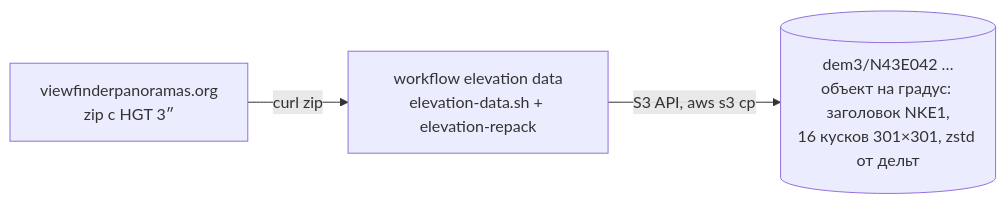
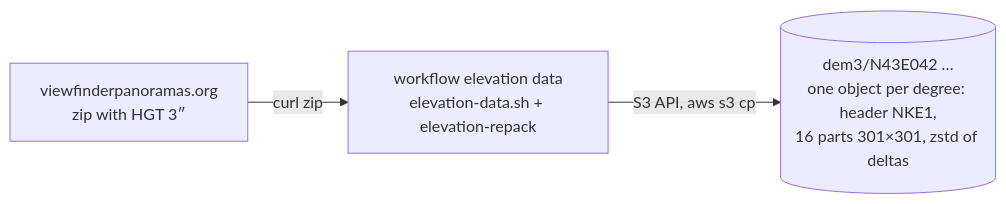
One commit to sergeycw/nakarte changed the second of 3 diagrams in docs/architecture/elevation.md. Above: the diagram before and after it, drawn with Mermaid. The commit also changed other lines of this file and 11 other files, not shown here.

````diff
--- a/docs/architecture/elevation.md
+++ b/docs/architecture/elevation.md
@@ -30,9 +30,9 @@
 ```mermaid
 flowchart LR
-    vfp["viewfinderpanoramas.org<br/>zip с HGT 3″"]
+    vfp["viewfinderpanoramas.org<br/>zip with HGT 3″"]
     data["workflow elevation data<br/>elevation-data.sh + elevation-repack"]
-    dem3[("dem3/N43E042 …<br/>объект на градус: заголовок NKE1,<br/>16 кусков 301×301, zstd от дельт")]
+    dem3[("dem3/N43E042 …<br/>one object per degree: header NKE1,<br/>16 parts 301×301, zstd of deltas")]
 
     vfp -->|"curl zip"| data
     data -->|"S3 API, aws s3 cp"| dem3
 ```
````
